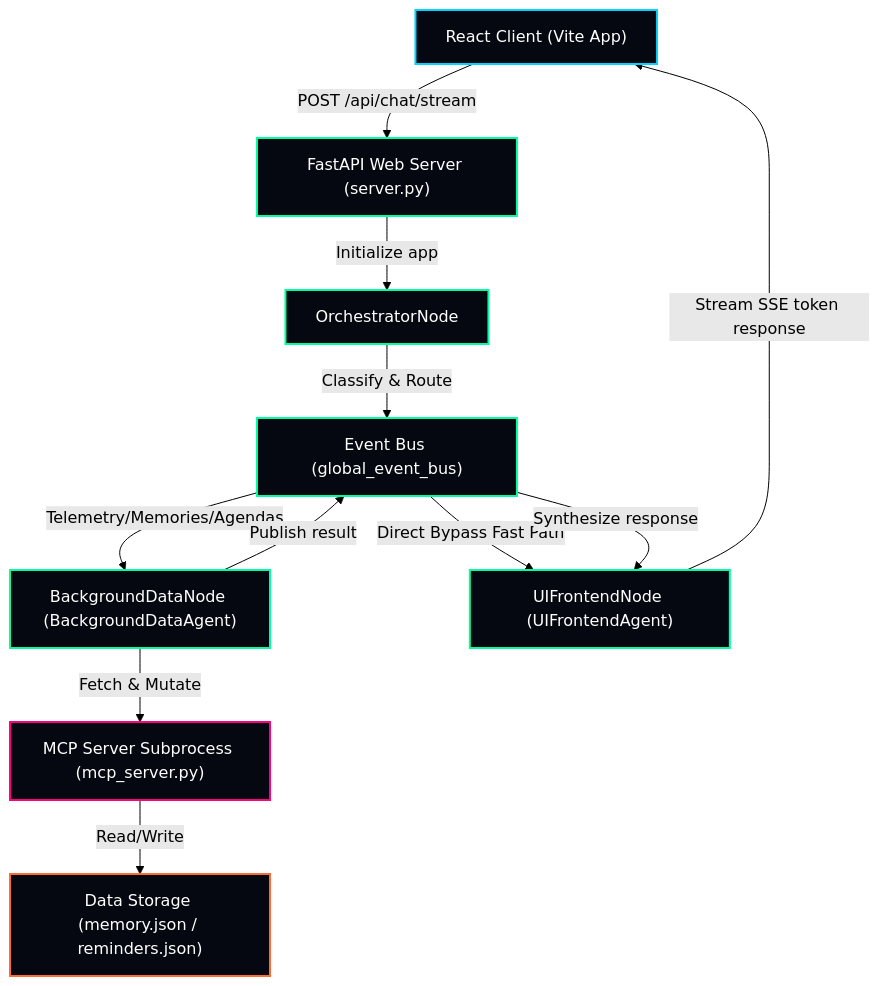
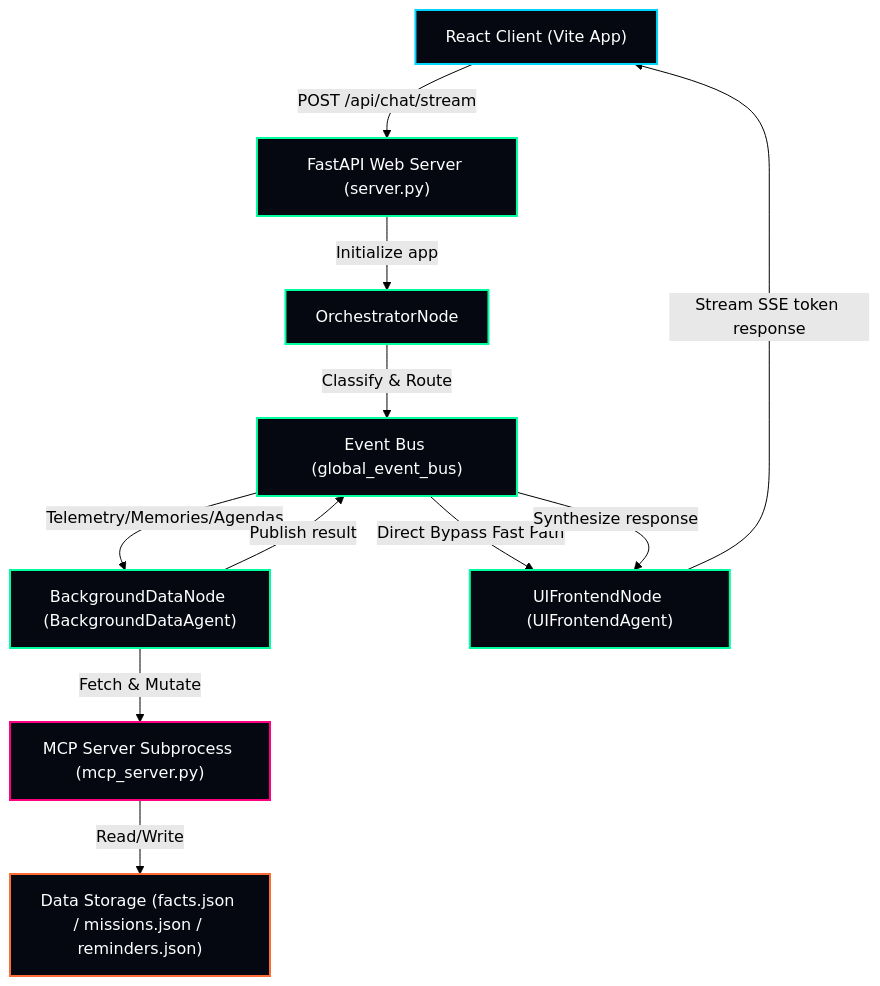
One commit to Mithunvisvesh/jarvis changed the diagram in README.md. Above: the diagram before and after it, drawn with Mermaid (forest theme). The commit also changed other lines of this file and 6 other files, not shown here.

````diff
--- a/README.md
+++ b/README.md
@@ -11,30 +13,30 @@
 ```mermaid
 graph TD
     %% Styling
     classDef React fill:#050810,stroke:#00D4FF,stroke-width:2px,color:#fff;
     classDef FastAPI fill:#050810,stroke:#00FF9F,stroke-width:2px,color:#fff;
     classDef Storage fill:#050810,stroke:#FF6B35,stroke-width:2px,color:#fff;
     classDef Subprocess fill:#050810,stroke:#FF0080,stroke-width:2px,color:#fff;
     
     %% Nodes
     A["React Client (Vite App)"]:::React
     B["FastAPI Web Server (server.py)"]:::FastAPI
     C["OrchestratorNode"]:::FastAPI
     D["BackgroundDataNode (BackgroundDataAgent)"]:::FastAPI
     E["UIFrontendNode (UIFrontendAgent)"]:::FastAPI
     F["Event Bus (global_event_bus)"]:::FastAPI
     G["MCP Server Subprocess (mcp_server.py)"]:::Subprocess
-    H["Data Storage (memory.json / reminders.json)"]:::Storage
+    H["Data Storage (facts.json / missions.json / reminders.json)"]:::Storage
 
     %% Connections
     A -->|POST /api/chat/stream| B
     B -->|Initialize app| C
     C -->|Classify & Route| F
     F -->|Telemetry/Memories/Agendas| D
     F -->|Direct Bypass Fast Path| E
     D -->|Fetch & Mutate| G
     D -->|Publish result| F
     F -->|Synthesize response| E
     E -->|Stream SSE token response| A
     G -->|Read/Write| H
 ```
````
